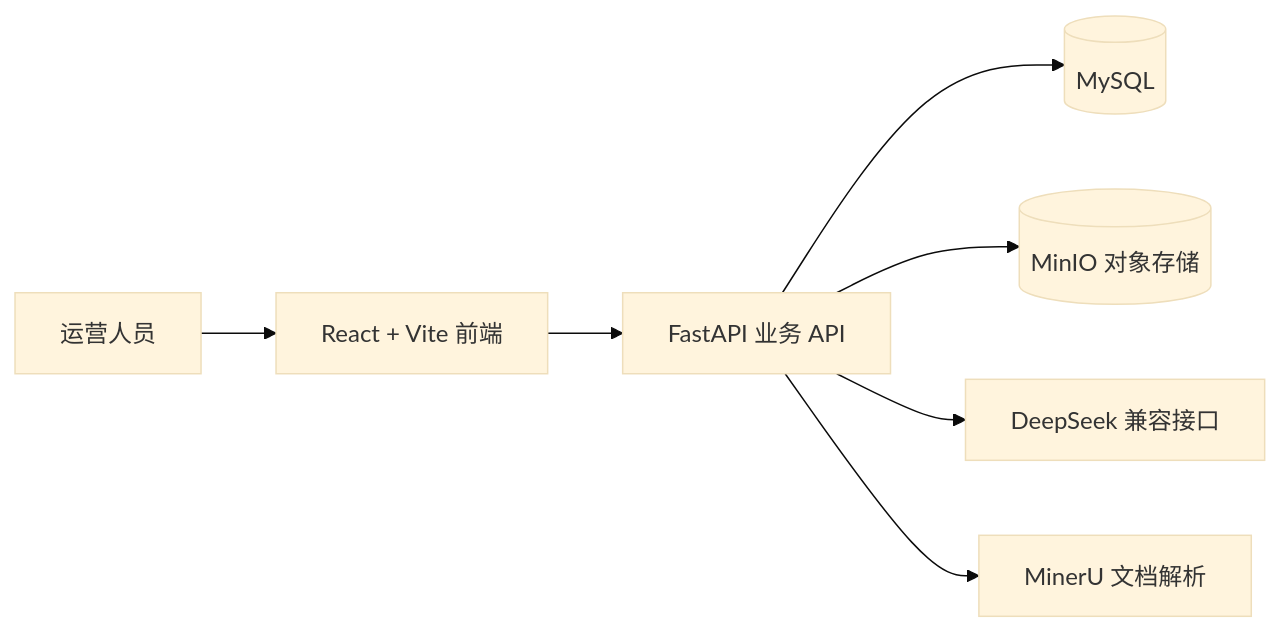
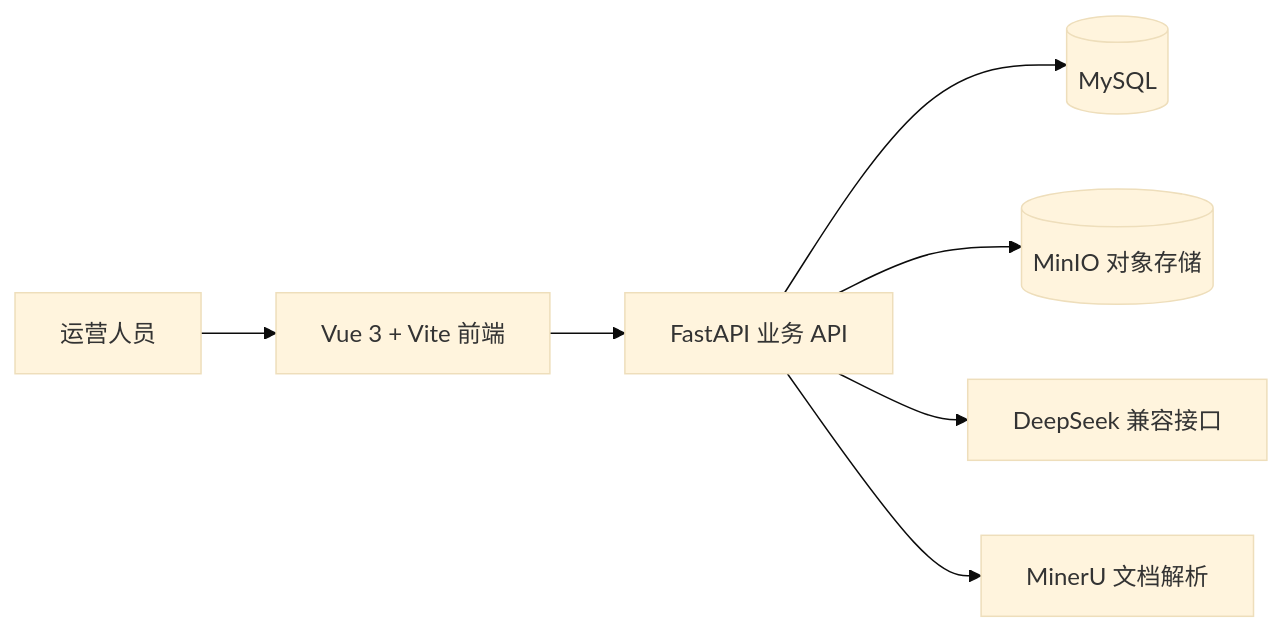
The first of 4 diagrams in README.md (jialexiao341-glitch/chemical-ops), drawn with Mermaid (base theme) before and after one commit. The commit also changed other lines of this file and 11 other files, not shown here.

````diff
--- a/README.md
+++ b/README.md
@@ -7,9 +7,9 @@
 ```mermaid
 flowchart LR
-    U[运营人员] --> FE[React + Vite 前端]
+    U[运营人员] --> FE[Vue 3 + Vite 前端]
     FE --> API[FastAPI 业务 API]
     API --> DB[(MySQL)]
     API --> OBJ[(MinIO 对象存储)]
     API --> AI[DeepSeek 兼容接口]
     API --> MU[MinerU 文档解析]
 ```
````
